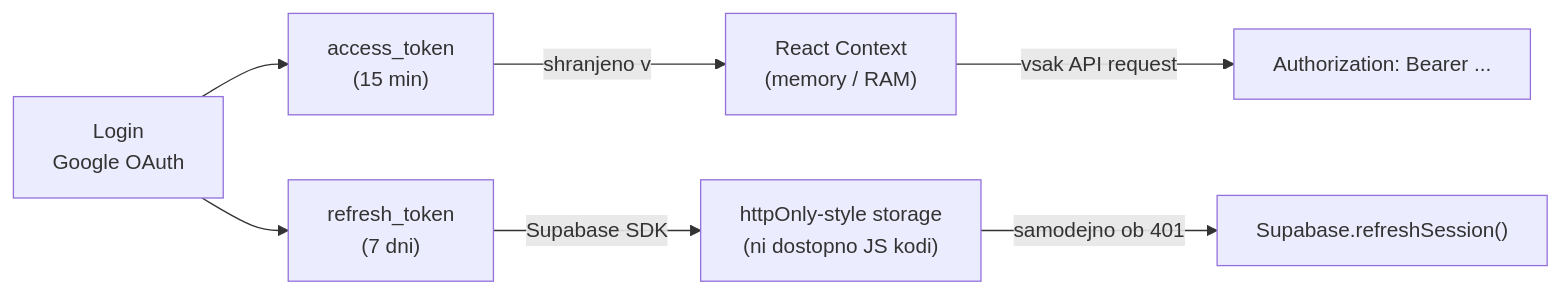
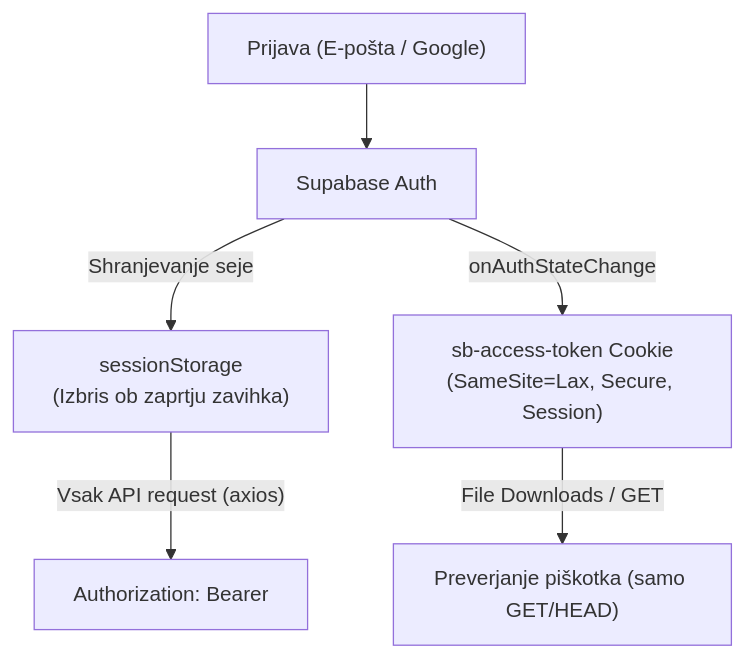
Before and after one commit to Anchevskiii/Routiq: the second of 3 diagrams in docs/security.md, drawn with Mermaid. The commit also changed other lines of this file and 1 other file, not shown here.

Commit message:
docs(auth): document sessionStorage, session cookies, and CSRF guard changes

````diff
--- a/docs/security.md
+++ b/docs/security.md
@@ -59,11 +61,9 @@
 ```mermaid
-graph LR
-    Login["Login\nGoogle OAuth"] --> AT["access_token\n(15 min)"]
-    Login --> RT["refresh_token\n(7 dni)"]
-
-    AT -->|"shranjeno v"| CTX["React Context\n(memory / RAM)"]
-    RT -->|"Supabase SDK"| SDK["httpOnly-style storage\n(ni dostopno JS kodi)"]
-
-    CTX -->|"vsak API request"| AUTH["Authorization: Bearer ..."]
-    SDK -->|"samodejno ob 401"| REFRESH["Supabase.refreshSession()"]
+graph TD
+    Login["Prijava (E-pošta / Google)"] --> SB["Supabase Auth"]
+    SB -->|"Shranjevanje seje"| SS["sessionStorage\n(Izbris ob zaprtju zavihka)"]
+    SB -->|"onAuthStateChange"| Cookie["sb-access-token Cookie\n(SameSite=Lax, Secure, Session)"]
+    
+    SS -->|"Vsak API request (axios)"| AuthHeader["Authorization: Bearer <token>"]
+    Cookie -->|"File Downloads / GET"| CookieAuth["Preverjanje piškotka (samo GET/HEAD)"]
 ```
````
